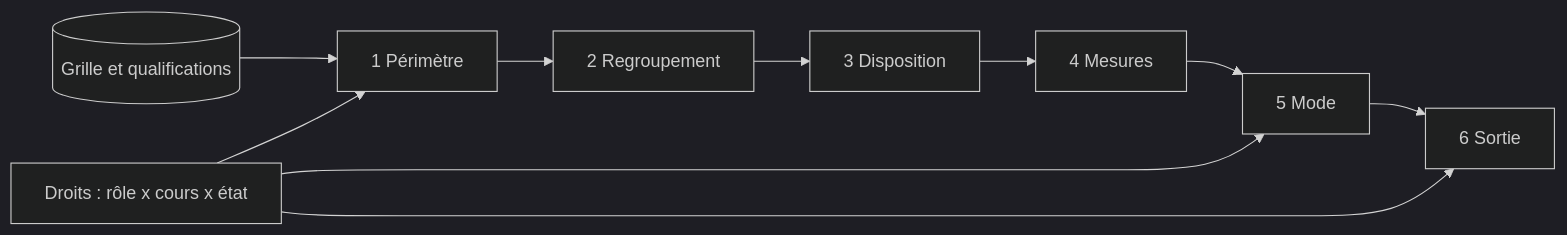
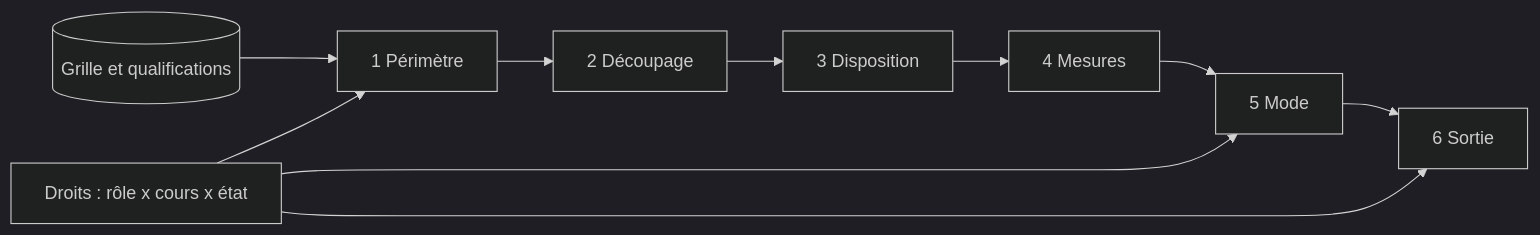
The third of 5 diagrams in docs/analyse/11-projections-et-vues.md (fuzoh/azimut), drawn with Mermaid (dark theme) before and after one commit. The commit also changed other lines of this file and 1 other file, not shown here.

````diff
--- a/docs/analyse/11-projections-et-vues.md
+++ b/docs/analyse/11-projections-et-vues.md
@@ -256,12 +273,12 @@
 ```mermaid
 flowchart LR
   D[("Grille et qualifications")] --> PE["1 Périmètre"]
-  PE --> RG["2 Regroupement"]
+  PE --> RG["2 Découpage"]
   RG --> DI["3 Disposition"]
   DI --> ME["4 Mesures"]
   ME --> MO["5 Mode"]
   MO --> SO["6 Sortie"]
   DR["Droits : rôle x cours x état"] --> PE
   DR --> MO
   DR --> SO
 ```
````
